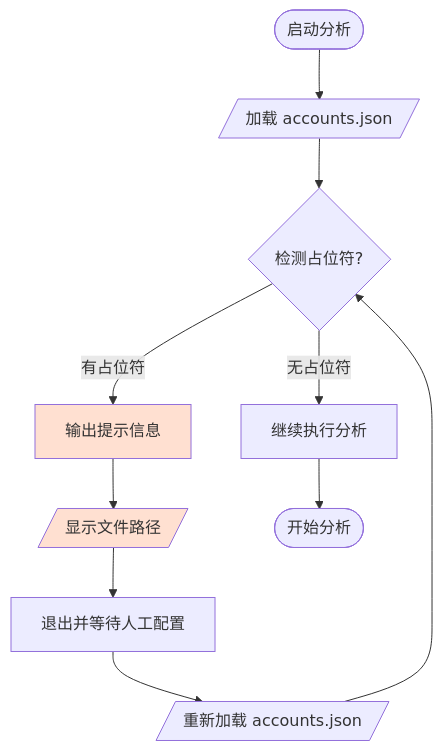
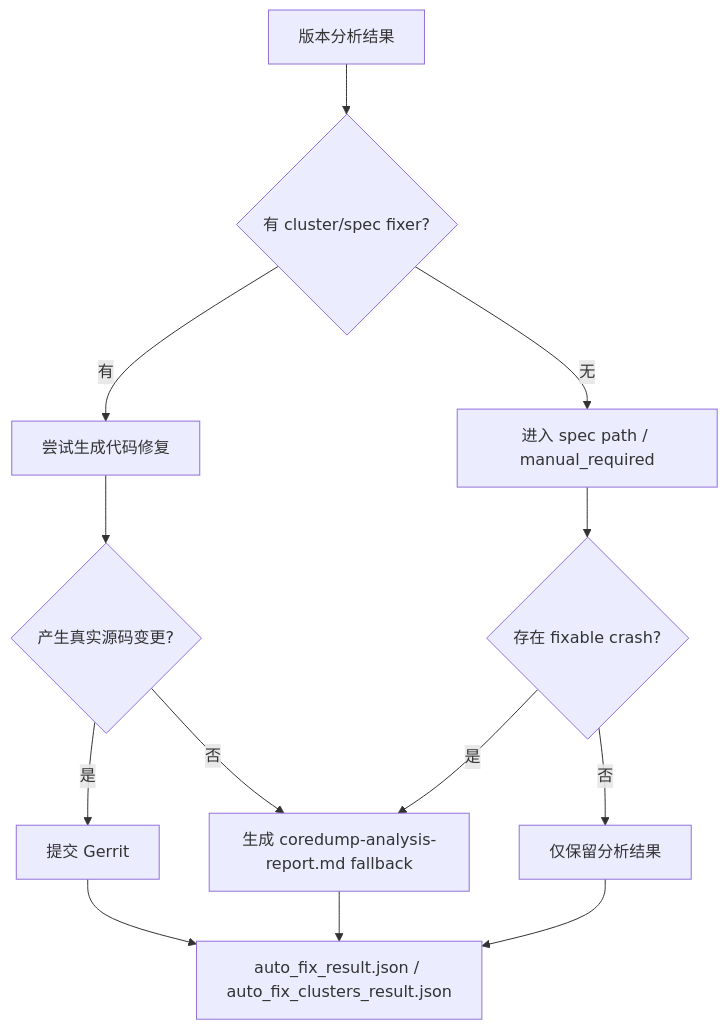
The fourth of 4 diagrams in FLOW.md (wubw0508/coredump-analysis-skills), drawn with Mermaid before and after one commit. The commit also changed other lines of this file and 25 other files, not shown here.

````diff
--- a/FLOW.md
+++ b/FLOW.md
@@ -168,14 +80,15 @@
 ```mermaid
 graph TD
-A([启动分析]) --> B
-B[/加载 accounts.json/] --> C{检测占位符?}
-C -->|无占位符| D[继续执行分析]
-C -->|有占位符| E[输出提示信息]
-E --> F[/显示文件路径/]
-F --> G[退出并等待人工配置]
-G --> H[/重新加载 accounts.json/]
-H --> C
-D --> I([开始分析])
-style E fill:#f96,fill-opacity:0.3
-style F fill:#f96,fill-opacity:0.3
+A[版本分析结果] --> B{有 cluster/spec fixer?}
+B -->|有| C[尝试生成代码修复]
+B -->|无| D[进入 spec path / manual_required]
+C --> E{产生真实源码变更?}
+E -->|是| F[提交 Gerrit]
+E -->|否| G[生成 coredump-analysis-report.md fallback]
+D --> H{存在 fixable crash?}
+H -->|是| G
+H -->|否| I[仅保留分析结果]
+F --> J[auto_fix_result.json / auto_fix_clusters_result.json]
+G --> J
+I --> J
 ```
````
